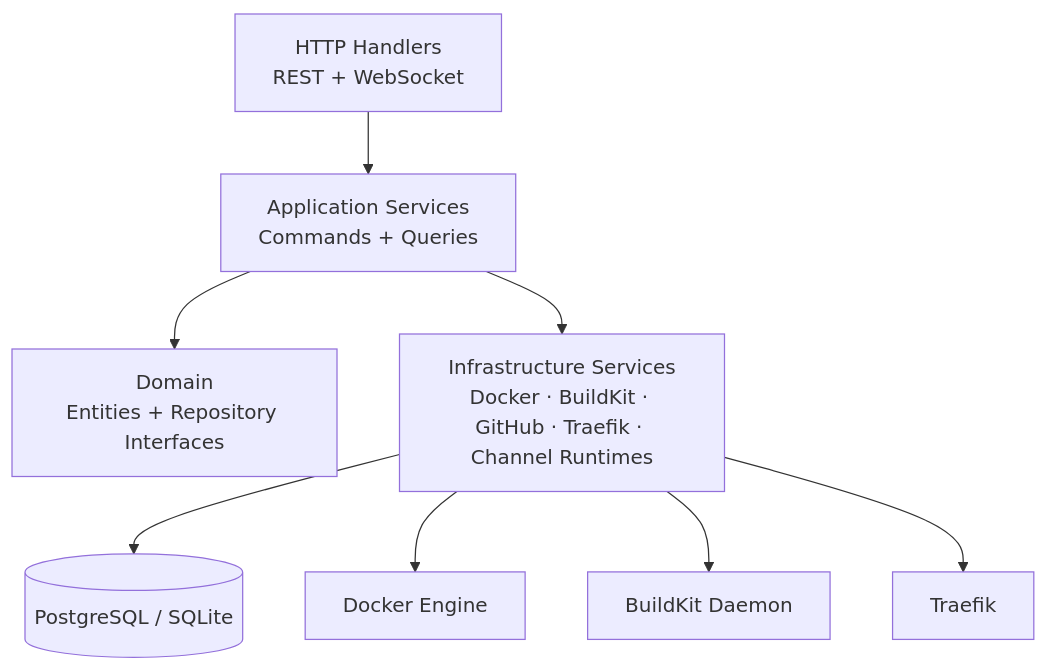
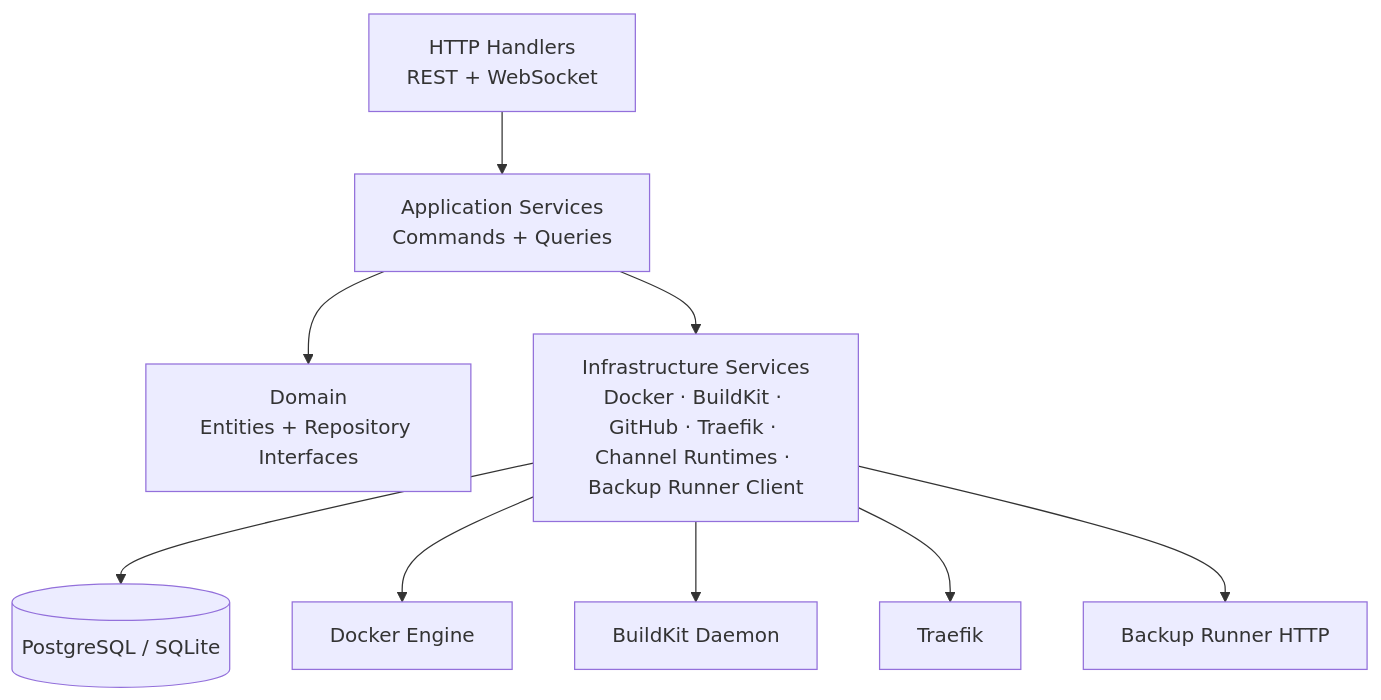
One commit to OpenViCloud/tango changed the eighth of 9 diagrams in roadmap/ARCHITECTURE.md. Above: the diagram before and after it, drawn with Mermaid. The commit also changed other lines of this file and 63 other files, not shown here.

````diff
--- a/roadmap/ARCHITECTURE.md
+++ b/roadmap/ARCHITECTURE.md
@@ -201,11 +298,12 @@
 ```mermaid
 graph TD
     H[HTTP Handlers\nREST + WebSocket]
     H --> AS[Application Services\nCommands + Queries]
     AS --> DS[Domain\nEntities + Repository Interfaces]
-    AS --> IS[Infrastructure Services\nDocker · BuildKit · GitHub · Traefik · Channel Runtimes]
+    AS --> IS[Infrastructure Services\nDocker · BuildKit · GitHub · Traefik · Channel Runtimes · Backup Runner Client]
     IS --> DB[(PostgreSQL / SQLite)]
     IS --> DK[Docker Engine]
     IS --> BK[BuildKit Daemon]
     IS --> TF[Traefik]
+    IS --> BR[Backup Runner HTTP]
 ```
````
